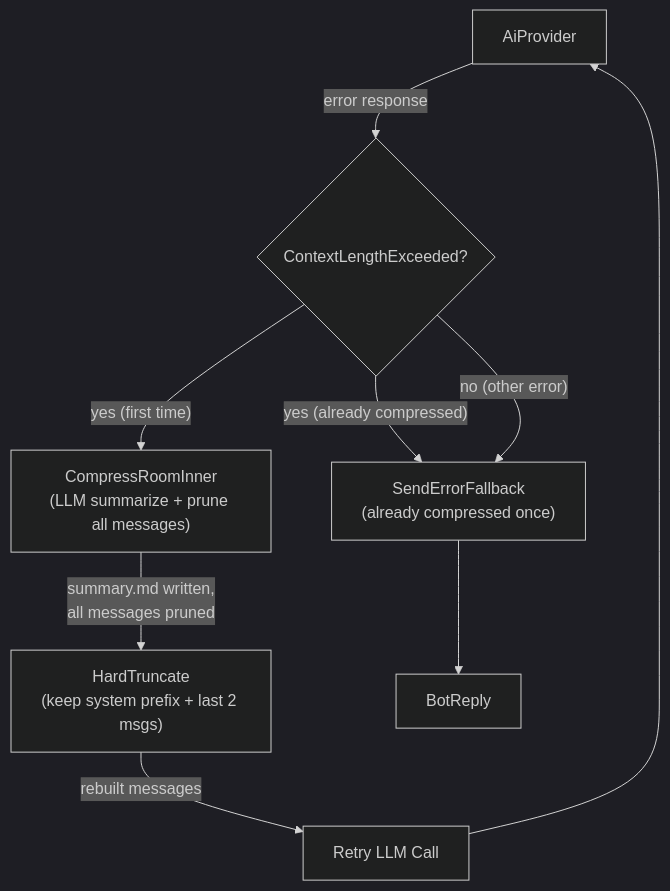
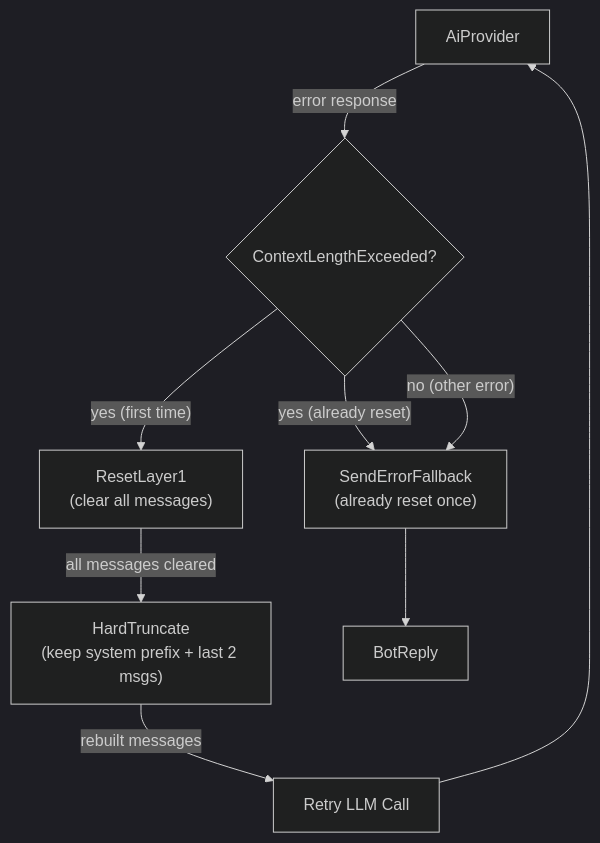
Before and after one commit to cosmoswafer/rockbot: the ninth of 10 diagrams in _dfd/agent/agent-harness.md, drawn with Mermaid (dark theme). The commit also changed other lines of this file and 19 other files, not shown here.

First line of the commit message:
refactor(memory): replace LLM compression with hard reset (closes #56)

````diff
--- a/_dfd/agent/agent-harness.md
+++ b/_dfd/agent/agent-harness.md
@@ -411,19 +379,19 @@
 ```mermaid
 flowchart TD
     AI[AiProvider]
     CHECK{ContextLengthExceeded?}
-    COMPRESS["CompressRoomInner<br/>(LLM summarize + prune all messages)"]
+    RESET["ResetLayer1<br/>(clear all messages)"]
     TRIM["HardTruncate<br/>(keep system prefix + last 2 msgs)"]
     RETRY["Retry LLM Call"]
-    FALLBACK["SendErrorFallback<br/>(already compressed once)"]
+    FALLBACK["SendErrorFallback<br/>(already reset once)"]
     REPLY[BotReply]
 
     AI -->|"error response"| CHECK
-    CHECK -->|"yes (first time)"| COMPRESS
-    CHECK -->|"yes (already compressed)"| FALLBACK
+    CHECK -->|"yes (first time)"| RESET
+    CHECK -->|"yes (already reset)"| FALLBACK
     CHECK -->|"no (other error)"| FALLBACK
-    COMPRESS -->|"summary.md written,<br/>all messages pruned"| TRIM
+    RESET -->|"all messages cleared"| TRIM
     TRIM -->|"rebuilt messages"| RETRY
     RETRY --> AI
     FALLBACK --> REPLY
 ```
````
